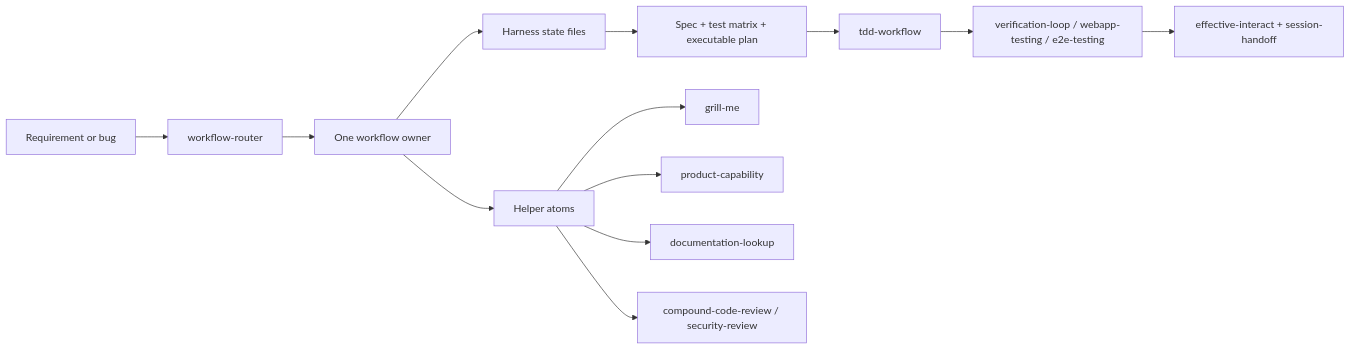
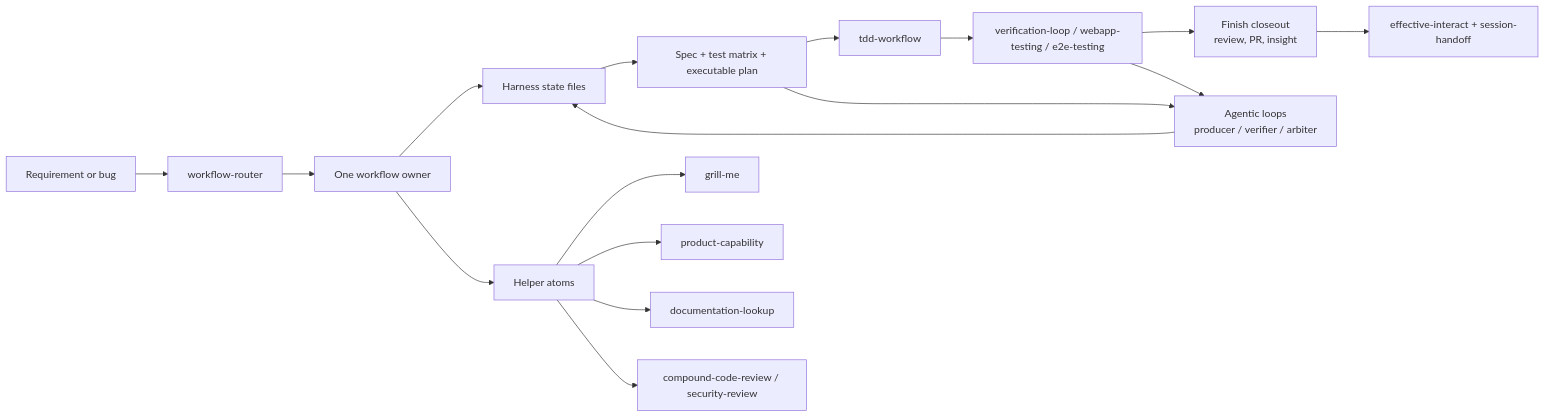
Before and after one commit to JasonxzWen/harness-hub: the diagram in docs/development-workflow.md, drawn with Mermaid. The commit also changed other lines of this file and 48 other files, not shown here.

Commit message:
feat: add agentic loop closeout workflow

````diff
--- a/docs/development-workflow.md
+++ b/docs/development-workflow.md
@@ -9,16 +11,20 @@
 ```mermaid
 flowchart LR
   Need["Requirement or bug"] --> Router["workflow-router"]
   Router --> Owner["One workflow owner"]
   Owner --> State["Harness state files"]
   State --> Plan["Spec + test matrix + executable plan"]
   Plan --> TDD["tdd-workflow"]
   TDD --> Verify["verification-loop / webapp-testing / e2e-testing"]
-  Verify --> Handoff["effective-interact + session-handoff"]
+  Verify --> Closeout["Finish closeout<br/>review, PR, insight"]
+  Closeout --> Handoff["effective-interact + session-handoff"]
+  Plan --> Loops["Agentic loops<br/>producer / verifier / arbiter"]
+  Verify --> Loops
+  Loops --> State
 
   Owner --> Helpers["Helper atoms"]
   Helpers --> Grill["grill-me"]
   Helpers --> Capability["product-capability"]
   Helpers --> Docs["documentation-lookup"]
   Helpers --> Review["compound-code-review / security-review"]
 ```
````
